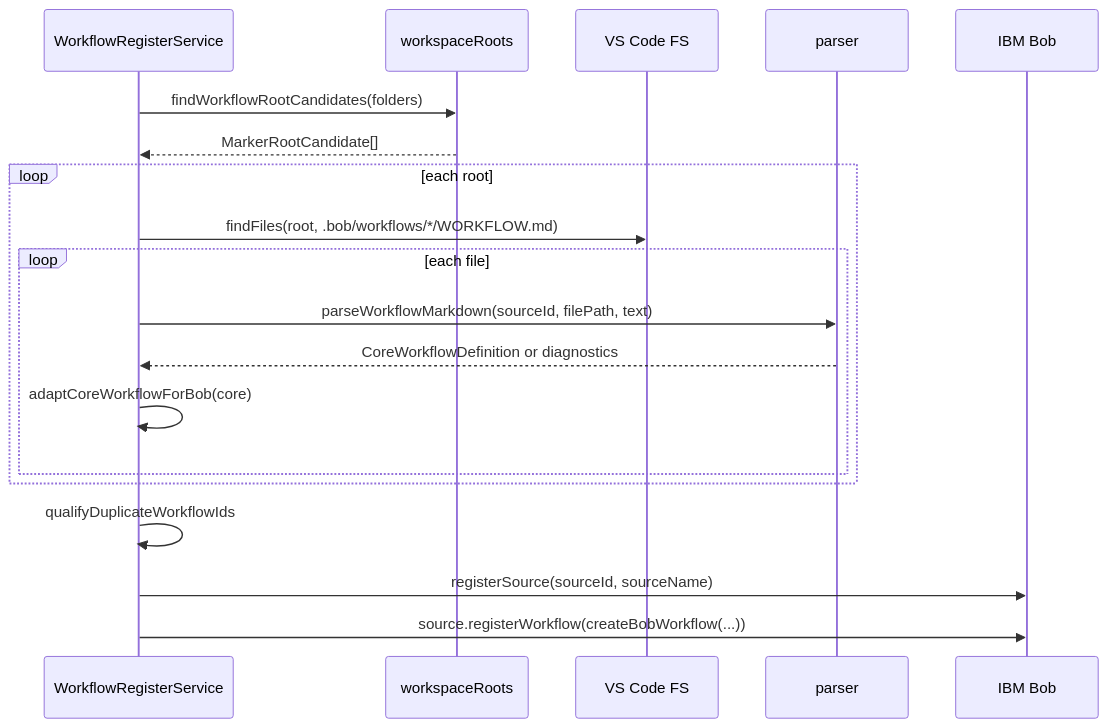
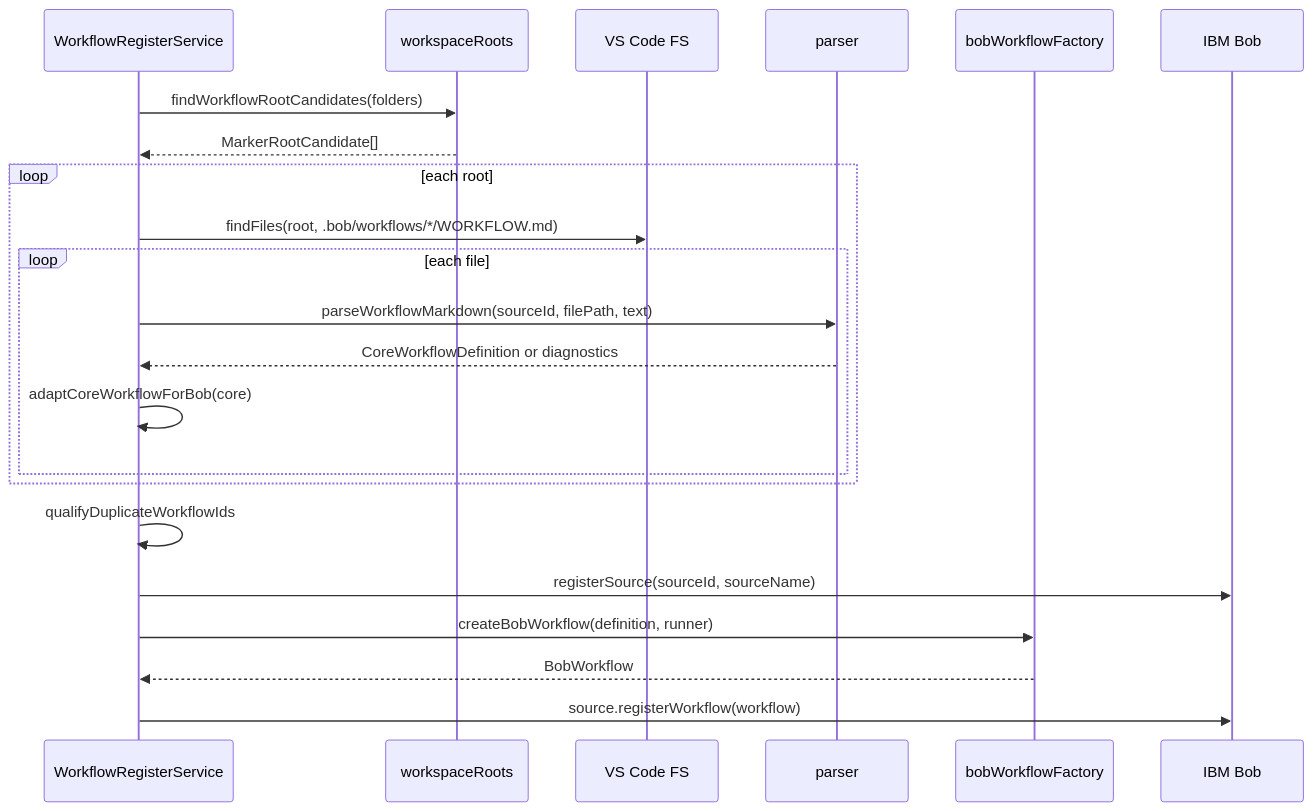
The diagram in v2/extensions/workflow-register/docs/detailed-design-ja.md (katamor1/CUSTUM_MODE), drawn with Mermaid before and after one commit. The commit also changed other lines of this file and 82 other files, not shown here.

````diff
--- a/v2/extensions/workflow-register/docs/detailed-design-ja.md
+++ b/v2/extensions/workflow-register/docs/detailed-design-ja.md
@@ -152,22 +174,25 @@
 ```mermaid
 sequenceDiagram
   participant S as WorkflowRegisterService
   participant W as workspaceRoots
   participant FS as VS Code FS
   participant P as parser
+  participant F as bobWorkflowFactory
   participant B as IBM Bob
 
   S->>W: findWorkflowRootCandidates(folders)
   W-->>S: MarkerRootCandidate[]
   loop each root
     S->>FS: findFiles(root, .bob/workflows/*/WORKFLOW.md)
     loop each file
       S->>P: parseWorkflowMarkdown(sourceId, filePath, text)
       P-->>S: CoreWorkflowDefinition or diagnostics
       S->>S: adaptCoreWorkflowForBob(core)
     end
   end
   S->>S: qualifyDuplicateWorkflowIds
   S->>B: registerSource(sourceId, sourceName)
-  S->>B: source.registerWorkflow(createBobWorkflow(...))
+  S->>F: createBobWorkflow(definition, runner)
+  F-->>S: BobWorkflow
+  S->>B: source.registerWorkflow(workflow)
 ```
````
